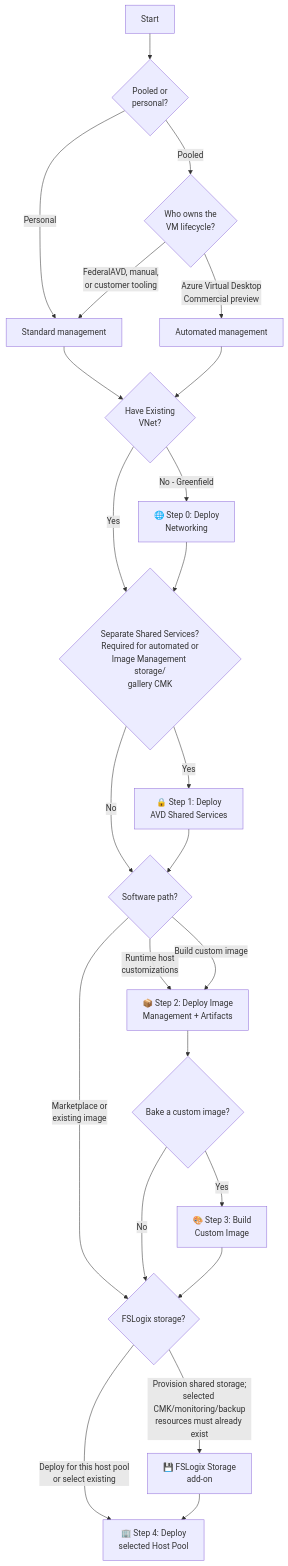
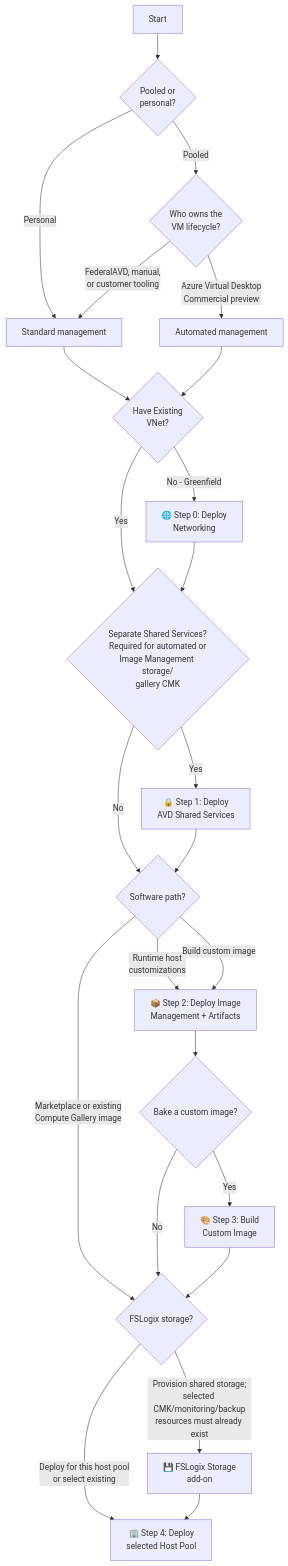
Before and after one commit to Azure/FederalAVD: the first of 2 diagrams in docs/quick-start.md, drawn with Mermaid. The commit also changed other lines of this file, not shown here.

````diff
--- a/docs/quick-start.md
+++ b/docs/quick-start.md
@@ -179,27 +62,27 @@
 ```mermaid
 graph TD
     A[Start] --> TYPE{Pooled or<br/>personal?}
     TYPE -->|Personal| STD[Standard management]
     TYPE -->|Pooled| OWNER{Who owns the<br/>VM lifecycle?}
     OWNER -->|FederalAVD, manual,<br/>or customer tooling| STD
     OWNER -->|Azure Virtual Desktop<br/>Commercial preview| AUTO[Automated management]
     STD --> B{Have Existing<br/>VNet?}
     AUTO --> B
     B -->|No - Greenfield| C[🌐 Step 0: Deploy<br/>Networking]
     B -->|Yes| SS
     C --> SS
     SS{Separate Shared Services?<br/>Required for automated or<br/>Image Management storage/<br/>gallery CMK} -->|Yes| KV2[🔒 Step 1: Deploy<br/>AVD Shared Services]
     SS -->|No| SOFTWARE
     KV2 --> SOFTWARE
-    SOFTWARE{Software path?} -->|Marketplace or<br/>existing image| PROFILE
+    SOFTWARE{Software path?} -->|Marketplace or existing<br/>Compute Gallery image| PROFILE
     SOFTWARE -->|Runtime host<br/>customizations| IMG[📦 Step 2: Deploy Image<br/>Management + Artifacts]
     SOFTWARE -->|Build custom image| IMG
     IMG --> BUILD{Bake a custom image?}
     BUILD -->|Yes| IB[🎨 Step 3: Build<br/>Custom Image]
     BUILD -->|No| PROFILE
     IB --> PROFILE
     PROFILE{FSLogix storage?} -->|Deploy for this host pool<br/>or select existing| HP
     PROFILE -->|Provision shared storage;<br/>selected CMK/monitoring/backup<br/>resources must already exist| FS[💾 FSLogix Storage<br/>add-on]
     FS --> HP
     HP[🏢 Step 4: Deploy<br/>selected Host Pool]
 ```
````
